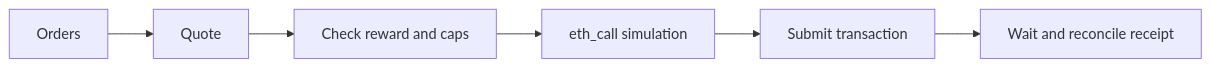
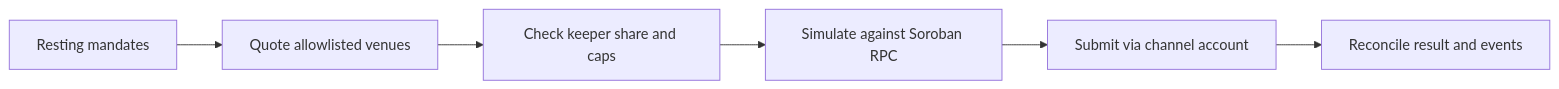
One commit to zadworny/Limit-Order-Frontend changed the diagram in content/docs/build-with-seltra/keeper-integration.md. Above: the diagram before and after it, drawn with Mermaid. The commit also changed other lines of this file and 47 other files, not shown here.

````diff
--- a/content/docs/build-with-seltra/keeper-integration.md
+++ b/content/docs/build-with-seltra/keeper-integration.md
@@ -10,8 +10,8 @@
 ```mermaid
 flowchart LR
-    Orders --> Quote
-    Quote --> Profit[Check reward and caps]
-    Profit --> Simulate[eth_call simulation]
-    Simulate --> Submit[Submit transaction]
-    Submit --> Reconcile[Wait and reconcile receipt]
+    Orders[Resting mandates] --> Quote[Quote allowlisted venues]
+    Quote --> Profit[Check keeper share and caps]
+    Profit --> Sim[Simulate against Soroban RPC]
+    Sim --> Submit[Submit via channel account]
+    Submit --> Rec[Reconcile result and events]
 ```
````
